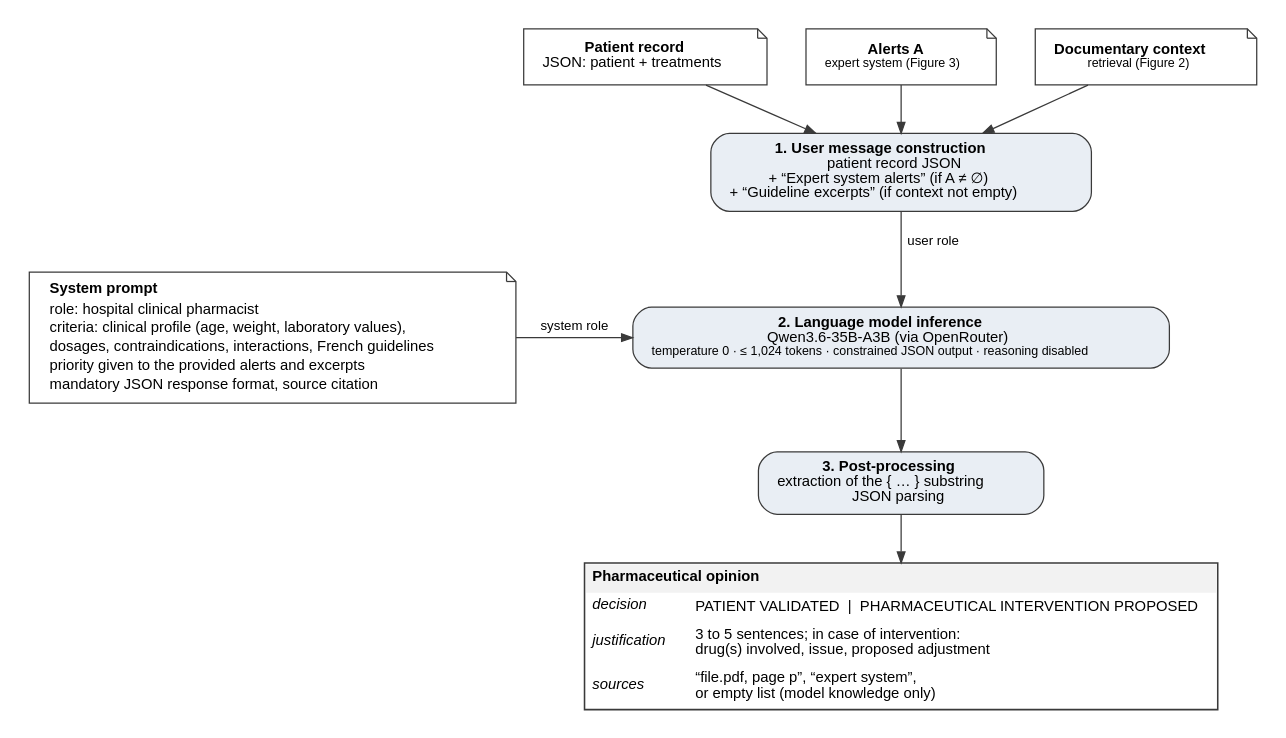
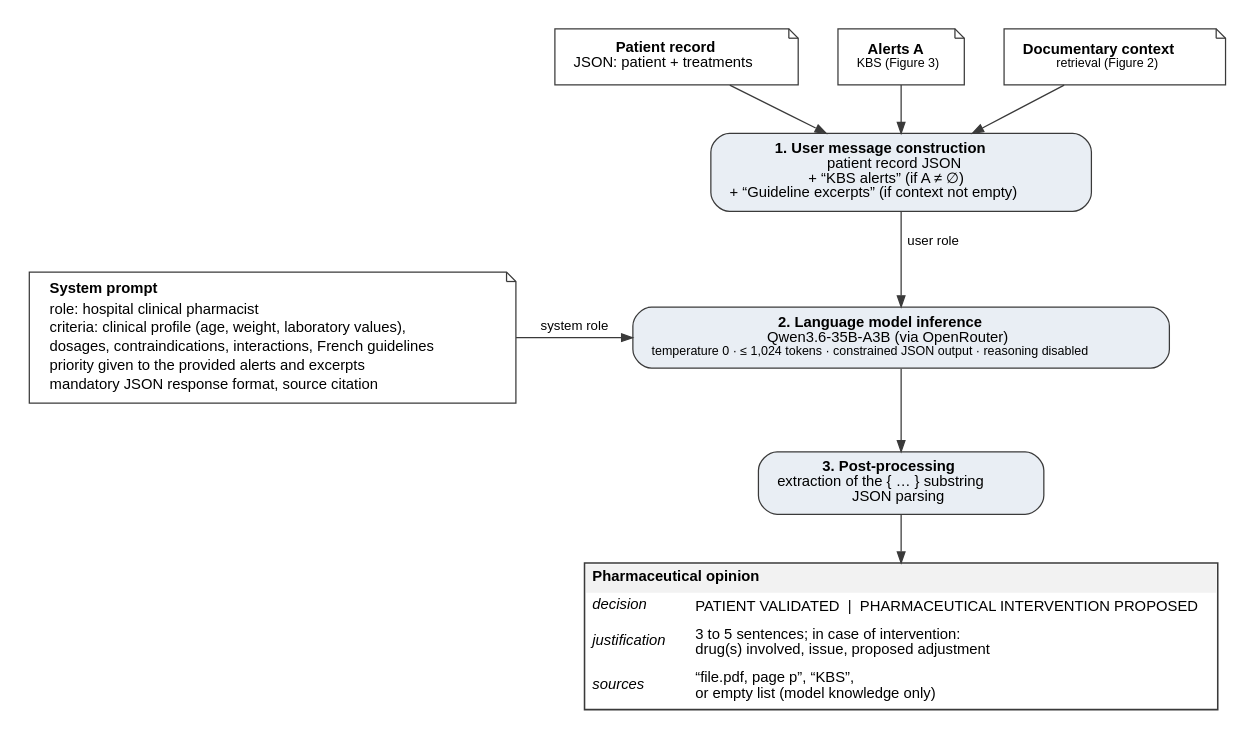
The diagram in paper/figures_en/figure_4.dot (naikenisen/projet_pui), drawn with Graphviz before and after one commit. The commit also changed 157 other files, not shown here.

```diff
--- a/paper/figures_en/figure_4.dot
+++ b/paper/figures_en/figure_4.dot
@@ -1,51 +1,51 @@
 // Figure 4: generation of the pharmaceutical opinion by the LLM (generation.py)
 // Export: dot -Tpdf figure_4.dot -o figure_4.pdf
 digraph generation {
     graph [rankdir=TB, fontname="Helvetica", fontsize=10, nodesep=0.35, ranksep=0.4, pad=0.15, newrank=true];
     node  [fontname="Helvetica", fontsize=9.5, color="#3A3A3A", penwidth=0.8,
            shape=box, style="rounded,filled", fillcolor="#E9EEF4", margin="0.16,0.08"];
     edge  [fontname="Helvetica", fontsize=8.5, color="#3A3A3A", arrowsize=0.7, penwidth=0.8];
 
     // Inputs
     node [shape=note, style=filled, fillcolor="#FFFFFF"];
-    dossier  [label=<<B>Patient record</B><BR/>JSON: patient + treatments>];
-    alertes  [label=<<B>Alerts A</B><BR/><FONT POINT-SIZE="8.5">expert system (Figure 3)</FONT>>];
-    contexte [label=<<B>Documentary context</B><BR/><FONT POINT-SIZE="8.5">retrieval (Figure 2)</FONT>>];
-    { rank=same; dossier; alertes; contexte; }
+    record  [label=<<B>Patient record</B><BR/>JSON: patient + treatments>];
+    alerts  [label=<<B>Alerts A</B><BR/><FONT POINT-SIZE="8.5">KBS (Figure 3)</FONT>>];
+    context [label=<<B>Documentary context</B><BR/><FONT POINT-SIZE="8.5">retrieval (Figure 2)</FONT>>];
+    { rank=same; record; alerts; context; }
 
     // Step 1
     node [shape=box, style="rounded,filled", fillcolor="#E9EEF4"];
-    message [label=<<B>1. User message construction</B><BR/>patient record JSON<BR/>+ “Expert system alerts” (if A ≠ ∅)<BR/>+ “Guideline excerpts” (if context not empty)>];
+    message [label=<<B>1. User message construction</B><BR/>patient record JSON<BR/>+ “KBS alerts” (if A ≠ ∅)<BR/>+ “Guideline excerpts” (if context not empty)>];
 
     prompt [shape=note, style=filled, fillcolor="#FFFFFF", label=<<TABLE BORDER="0" CELLSPACING="0" CELLPADDING="1">
         <TR><TD ALIGN="LEFT"><B>System prompt</B></TD></TR>
         <TR><TD ALIGN="LEFT">role: hospital clinical pharmacist</TD></TR>
         <TR><TD ALIGN="LEFT">criteria: clinical profile (age, weight, laboratory values),</TD></TR>
         <TR><TD ALIGN="LEFT">dosages, contraindications, interactions, French guidelines</TD></TR>
         <TR><TD ALIGN="LEFT">priority given to the provided alerts and excerpts</TD></TR>
         <TR><TD ALIGN="LEFT">mandatory JSON response format, source citation</TD></TR>
         </TABLE>>];
 
     // Step 2
     llm [label=<<B>2. Language model inference</B><BR/>Qwen3.6-35B-A3B (via OpenRouter)<BR/><FONT POINT-SIZE="8.5">temperature 0 · ≤ 1,024 tokens · constrained JSON output · reasoning disabled</FONT>>];
     { rank=same; llm; prompt; }
 
     // Step 3
     post [label=<<B>3. Post-processing</B><BR/>extraction of the { … } substring<BR/>JSON parsing>];
 
     // Output
-    sortie [shape=plain, label=<<TABLE BORDER="1" CELLBORDER="0" CELLSPACING="0" CELLPADDING="4" COLOR="#3A3A3A" BGCOLOR="#FFFFFF">
+    output [shape=plain, label=<<TABLE BORDER="1" CELLBORDER="0" CELLSPACING="0" CELLPADDING="4" COLOR="#3A3A3A" BGCOLOR="#FFFFFF">
         <TR><TD COLSPAN="2" ALIGN="LEFT" BGCOLOR="#F2F2F2"><B>Pharmaceutical opinion</B></TD></TR>
         <TR><TD ALIGN="LEFT"><I>decision</I></TD><TD ALIGN="LEFT">PATIENT VALIDATED  |  PHARMACEUTICAL INTERVENTION PROPOSED</TD></TR>
         <TR><TD ALIGN="LEFT"><I>justification</I></TD><TD ALIGN="LEFT">3 to 5 sentences; in case of intervention:<BR ALIGN="LEFT"/>drug(s) involved, issue, proposed adjustment<BR ALIGN="LEFT"/></TD></TR>
-        <TR><TD ALIGN="LEFT"><I>sources</I></TD><TD ALIGN="LEFT">“file.pdf, page p”, “expert system”,<BR ALIGN="LEFT"/>or empty list (model knowledge only)<BR ALIGN="LEFT"/></TD></TR>
+        <TR><TD ALIGN="LEFT"><I>sources</I></TD><TD ALIGN="LEFT">“file.pdf, page p”, “KBS”,<BR ALIGN="LEFT"/>or empty list (model knowledge only)<BR ALIGN="LEFT"/></TD></TR>
         </TABLE>>];
 
-    dossier -> message;
-    alertes -> message;
-    contexte -> message;
+    record -> message;
+    alerts -> message;
+    context -> message;
     message -> llm [label=" user role"];
     prompt -> llm [label="system role"];
     llm -> post;
-    post -> sortie;
+    post -> output;
 }
```
